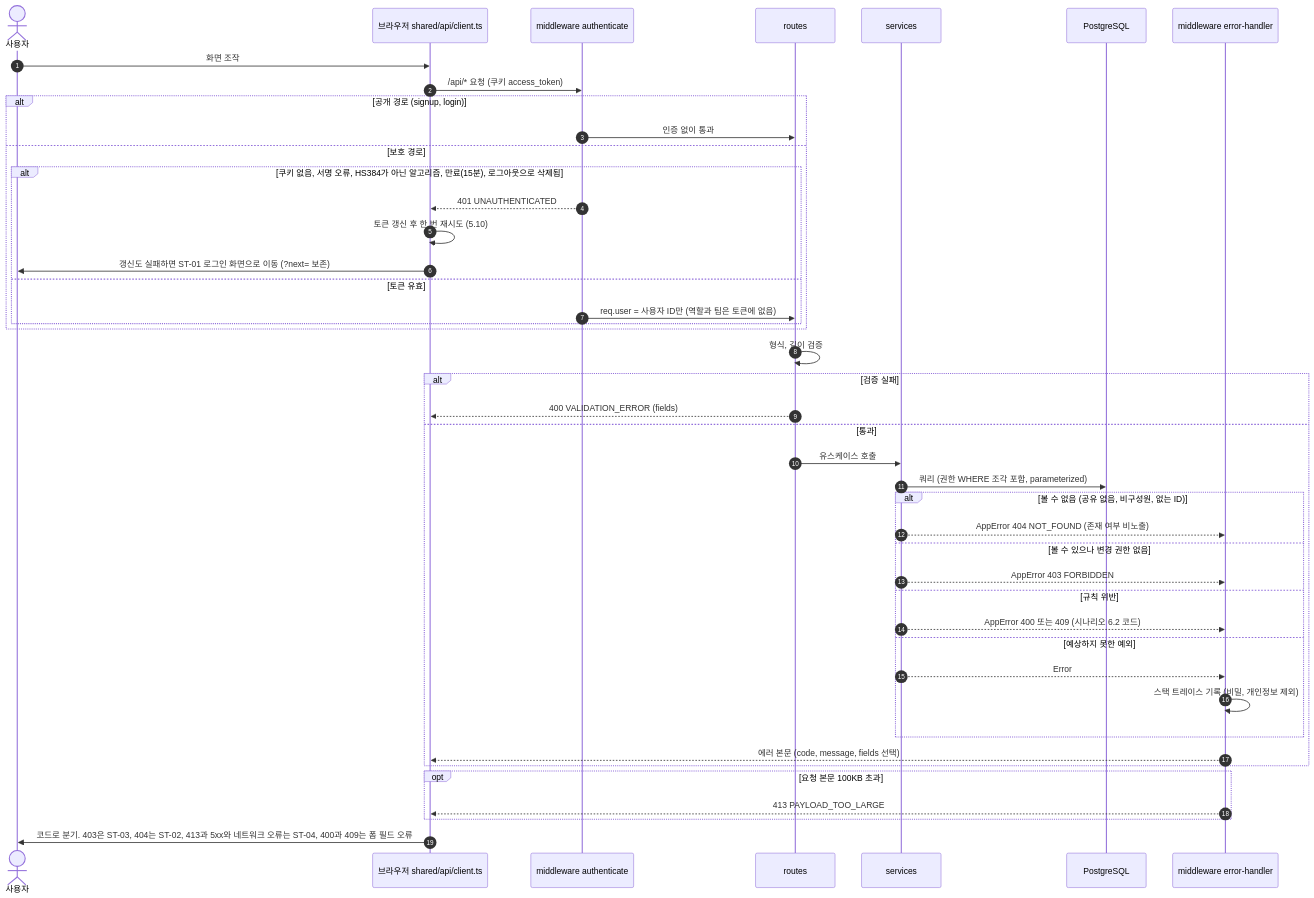
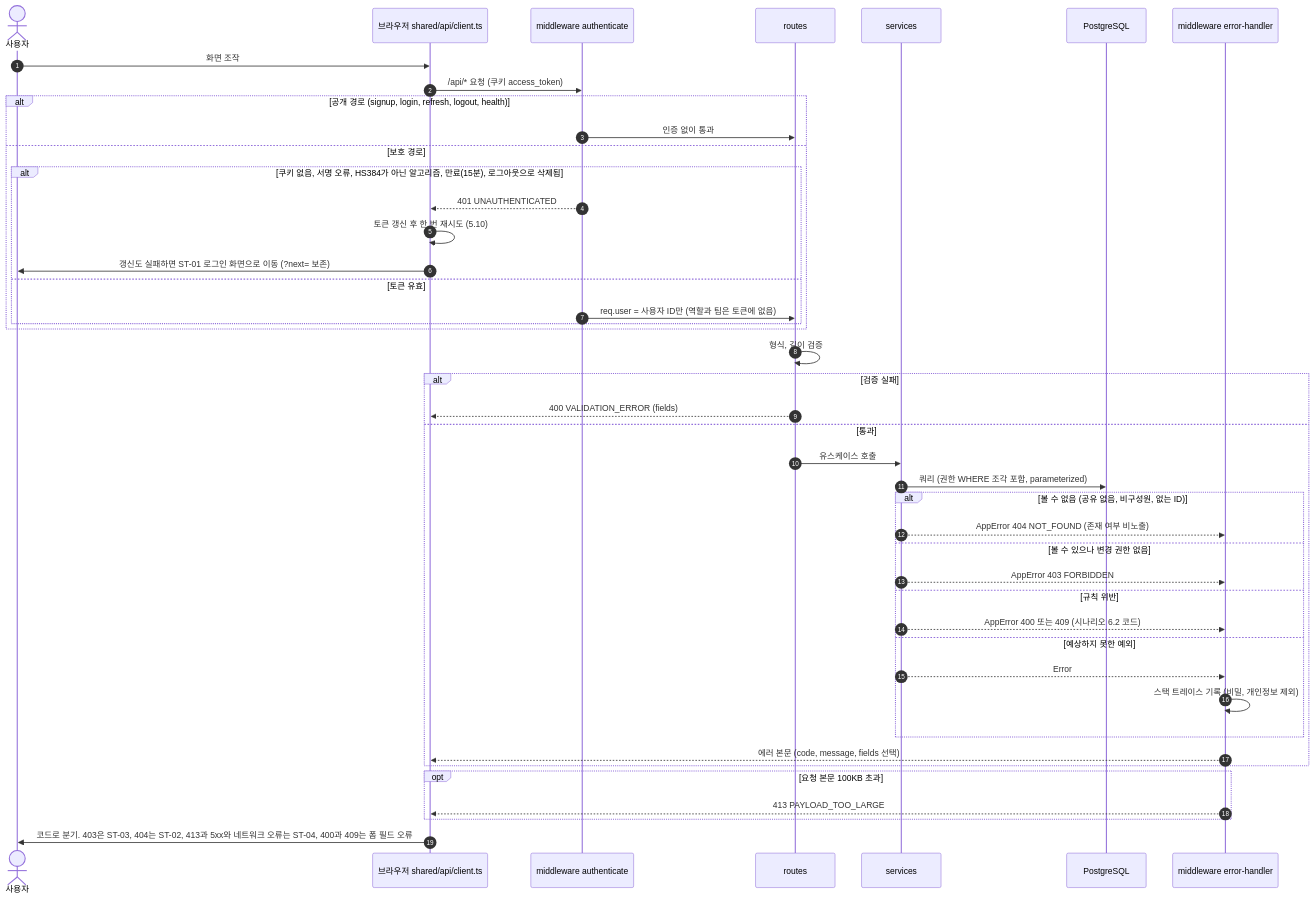
Before and after one commit to hjining-o/todolist-app: the fifth of 14 diagrams in docs/6-arch-diagram.md, drawn with Mermaid. The commit also changed other lines of this file and 6 other files, not shown here.

````diff
--- a/docs/6-arch-diagram.md
+++ b/docs/6-arch-diagram.md
@@ -228,47 +228,47 @@
 ```mermaid
 sequenceDiagram
     autonumber
     actor U as 사용자
     participant CL as 브라우저 shared/api/client.ts
     participant AM as middleware authenticate
     participant RT as routes
     participant SV as services
     participant DB as PostgreSQL
     participant EH as middleware error-handler
 
     U->>CL: 화면 조작
     CL->>AM: /api/* 요청 (쿠키 access_token)
-    alt 공개 경로 (signup, login)
+    alt 공개 경로 (signup, login, refresh, logout, health)
         AM->>RT: 인증 없이 통과
     else 보호 경로
         alt 쿠키 없음, 서명 오류, HS384가 아닌 알고리즘, 만료(15분), 로그아웃으로 삭제됨
             AM-->>CL: 401 UNAUTHENTICATED
             CL->>CL: 토큰 갱신 후 한 번 재시도 (5.10)
             CL->>U: 갱신도 실패하면 ST-01 로그인 화면으로 이동 (?next= 보존)
         else 토큰 유효
             AM->>RT: req.user = 사용자 ID만 (역할과 팀은 토큰에 없음)
         end
     end
     RT->>RT: 형식, 길이 검증
     alt 검증 실패
         RT-->>CL: 400 VALIDATION_ERROR (fields)
     else 통과
         RT->>SV: 유스케이스 호출
         SV->>DB: 쿼리 (권한 WHERE 조각 포함, parameterized)
         alt 볼 수 없음 (공유 없음, 비구성원, 없는 ID)
             SV-->>EH: AppError 404 NOT_FOUND (존재 여부 비노출)
         else 볼 수 있으나 변경 권한 없음
             SV-->>EH: AppError 403 FORBIDDEN
         else 규칙 위반
             SV-->>EH: AppError 400 또는 409 (시나리오 6.2 코드)
         else 예상하지 못한 예외
             SV-->>EH: Error
             EH->>EH: 스택 트레이스 기록 (비밀, 개인정보 제외)
         end
         EH-->>CL: 에러 본문 (code, message, fields 선택)
     end
     opt 요청 본문 100KB 초과
         EH-->>CL: 413 PAYLOAD_TOO_LARGE
     end
     CL->>U: 코드로 분기. 403은 ST-03, 404는 ST-02, 413과 5xx와 네트워크 오류는 ST-04, 400과 409는 폼 필드 오류
 ```
````
